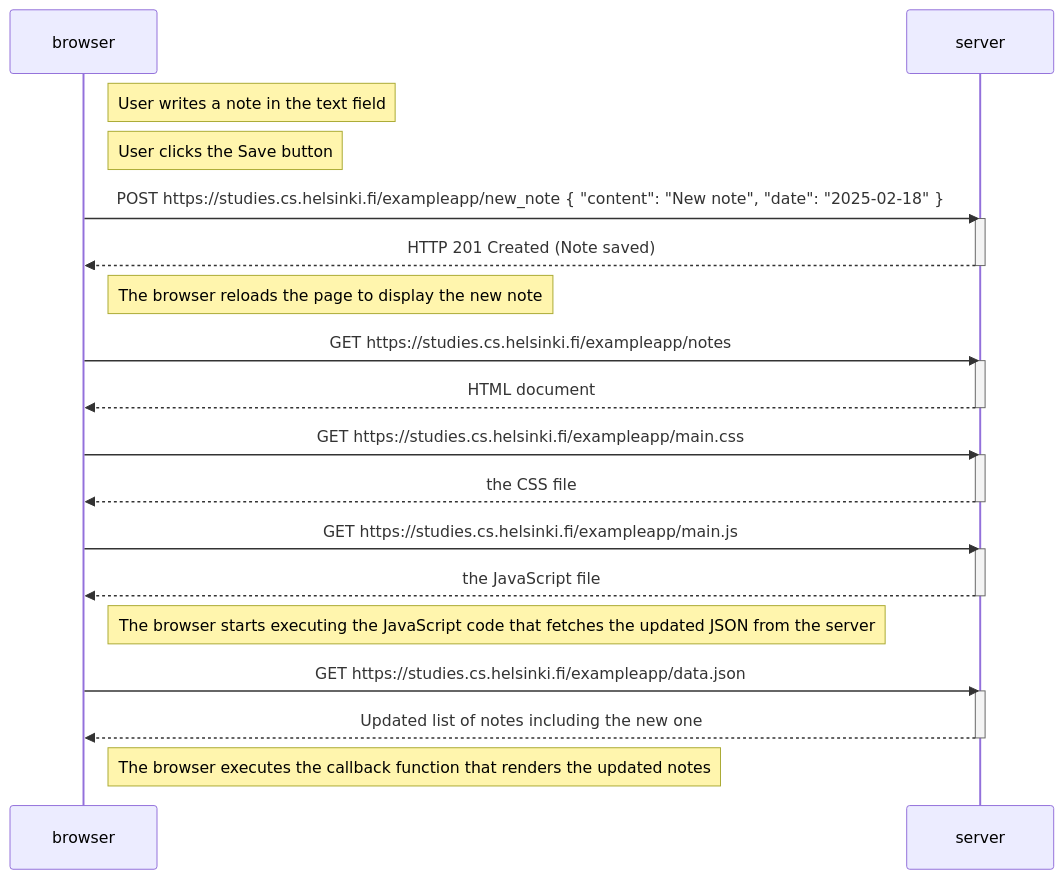
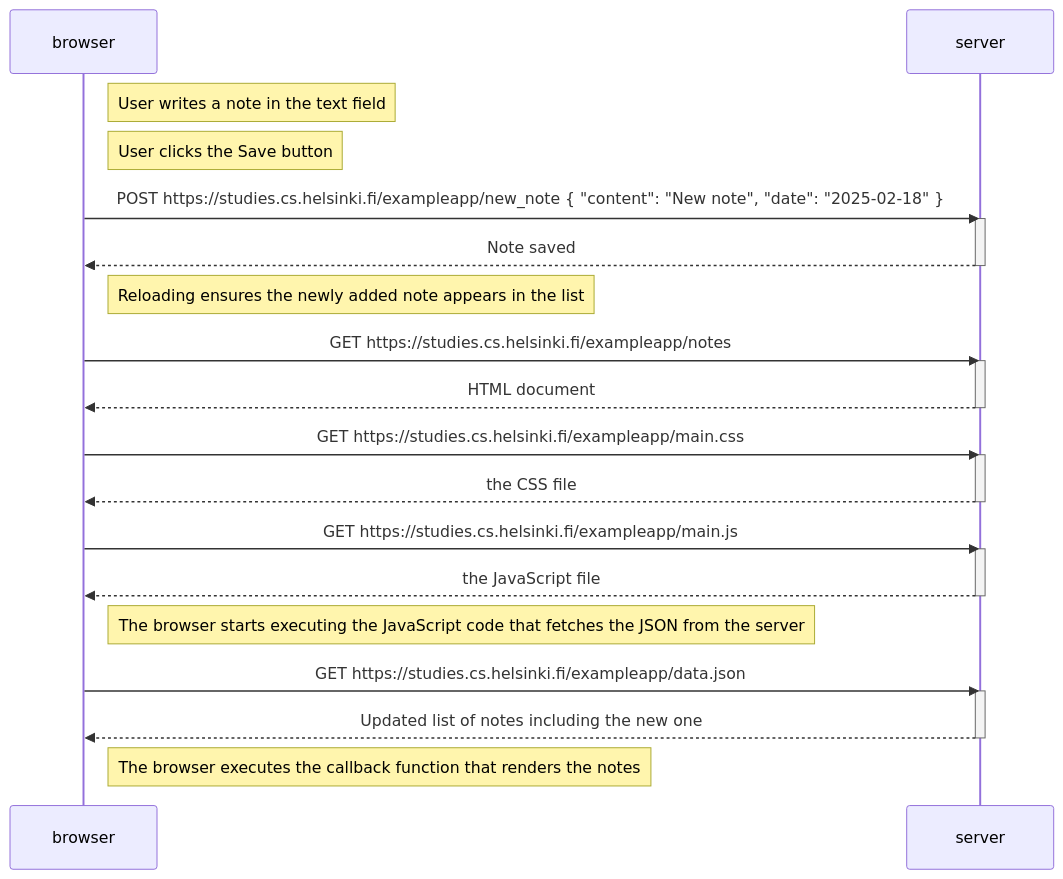
The diagram in part0/0.4-new-note-diagram.md (Saifahmeed/full-stack-open), drawn with Mermaid before and after one commit.

````diff
--- a/part0/0.4-new-note-diagram.md
+++ b/part0/0.4-new-note-diagram.md
@@ -1,38 +1,39 @@
 ```mermaid
 sequenceDiagram
     participant browser
     participant server
 
     Note right of browser: User writes a note in the text field
     Note right of browser: User clicks the Save button
 
     browser->>server: POST https://studies.cs.helsinki.fi/exampleapp/new_note { "content": "New note", "date": "2025-02-18" }
     activate server
-    server-->>browser: HTTP 201 Created (Note saved)
+    server-->>browser: Note saved
     deactivate server
 
-    Note right of browser: The browser reloads the page to display the new note
+    Note right of browser: Reloading ensures the newly added note appears in the list
+
     browser->>server: GET https://studies.cs.helsinki.fi/exampleapp/notes
     activate server
     server-->>browser: HTML document
     deactivate server
 
     browser->>server: GET https://studies.cs.helsinki.fi/exampleapp/main.css
     activate server
     server-->>browser: the CSS file
     deactivate server
 
     browser->>server: GET https://studies.cs.helsinki.fi/exampleapp/main.js
     activate server
     server-->>browser: the JavaScript file
     deactivate server
 
-    Note right of browser: The browser starts executing the JavaScript code that fetches the updated JSON from the server
+    Note right of browser: The browser starts executing the JavaScript code that fetches the JSON from the server
 
     browser->>server: GET https://studies.cs.helsinki.fi/exampleapp/data.json
     activate server
     server-->>browser: Updated list of notes including the new one
     deactivate server
 
-    Note right of browser: The browser executes the callback function that renders the updated notes
+    Note right of browser: The browser executes the callback function that renders the notes
 ```
````
